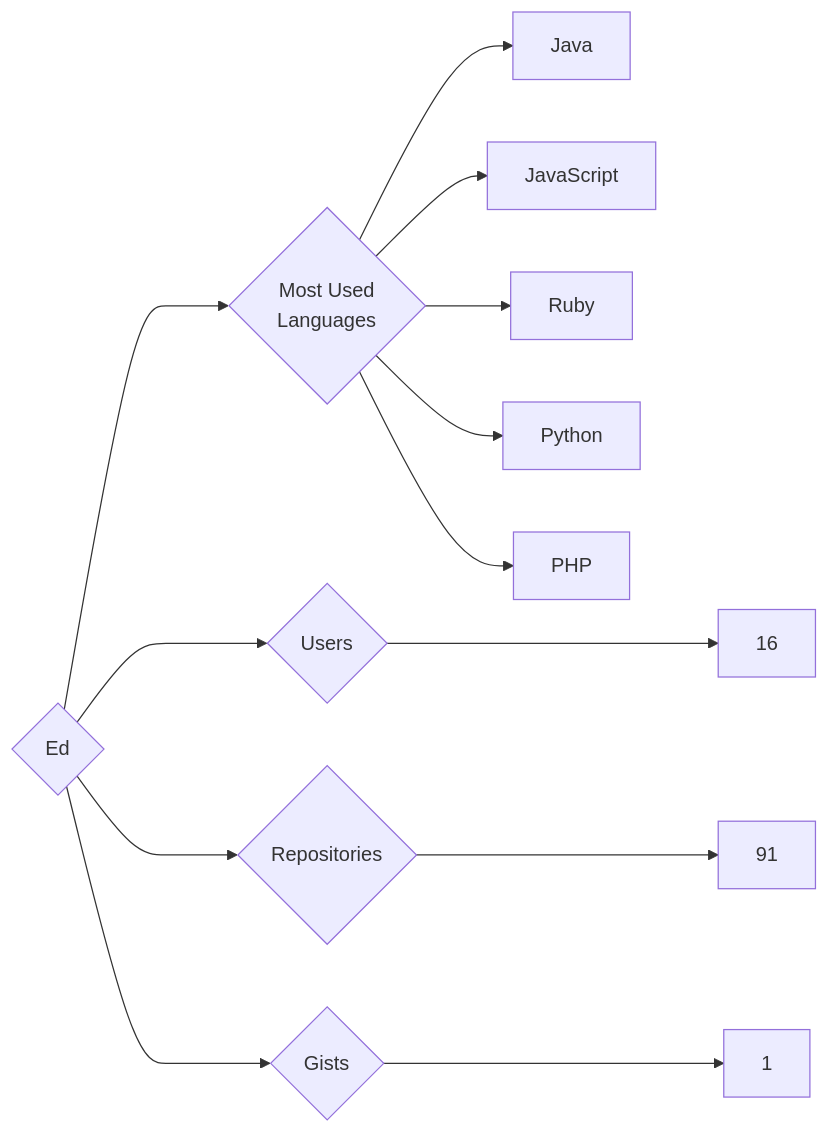
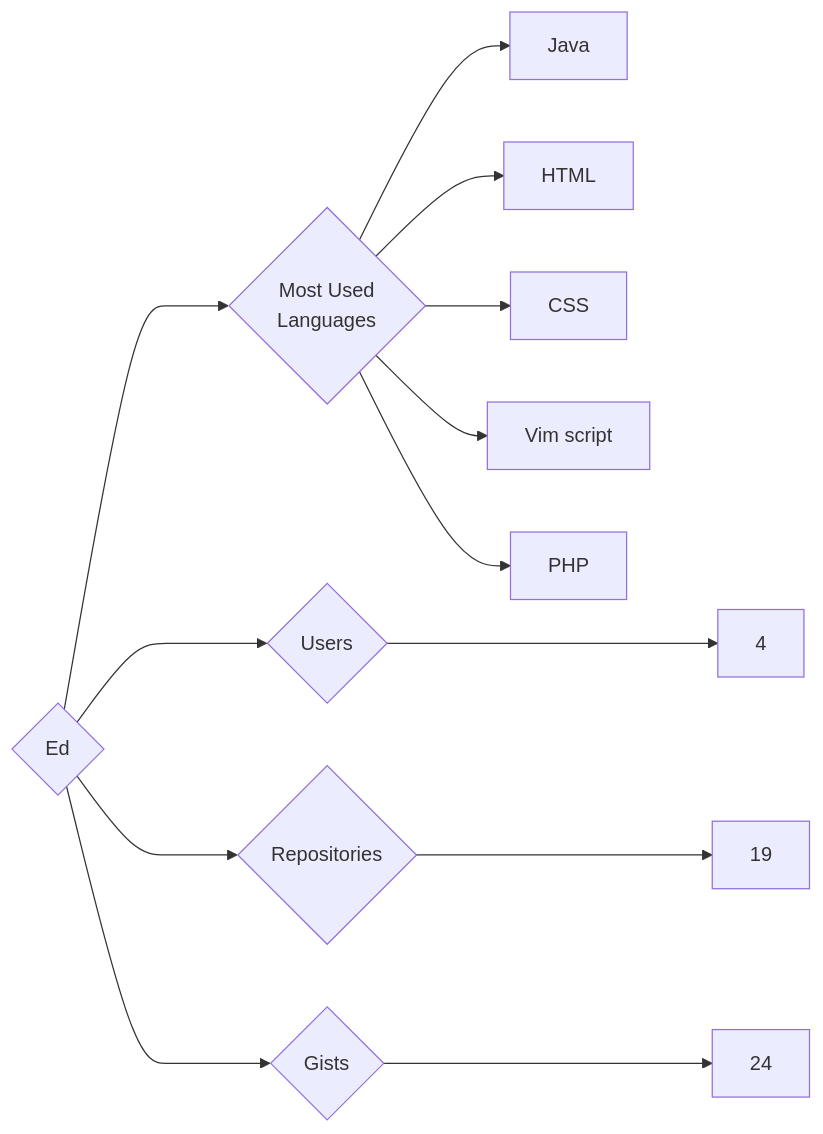
Before and after one commit to trickest/insiders: the diagram in targets/Ed/README.md, drawn with Mermaid. The commit also changed 924 other files, not shown here.

````diff
--- a/targets/Ed/README.md
+++ b/targets/Ed/README.md
@@ -3,13 +3,13 @@
 ```mermaid
 graph LR
 COMPANY_NAME{Ed}
-COMPANY_NAME ---> U{Users} ---> UN[16]
-COMPANY_NAME ---> R{Repositories} ---> RN[91]
-COMPANY_NAME ---> G{Gists} ---> GN[1]
+COMPANY_NAME ---> U{Users} ---> UN[4]
+COMPANY_NAME ---> R{Repositories} ---> RN[19]
+COMPANY_NAME ---> G{Gists} ---> GN[24]
 COMPANY_NAME ---> ML{Most Used<br>Languages}
 ML --> Java[Java]
-ML --> JavaScript[JavaScript]
-ML --> Ruby[Ruby]
-ML --> Python[Python]
+ML --> HTML[HTML]
+ML --> CSS[CSS]
+ML --> Vim_script[Vim script]
 ML --> PHP[PHP]
 ```
````
